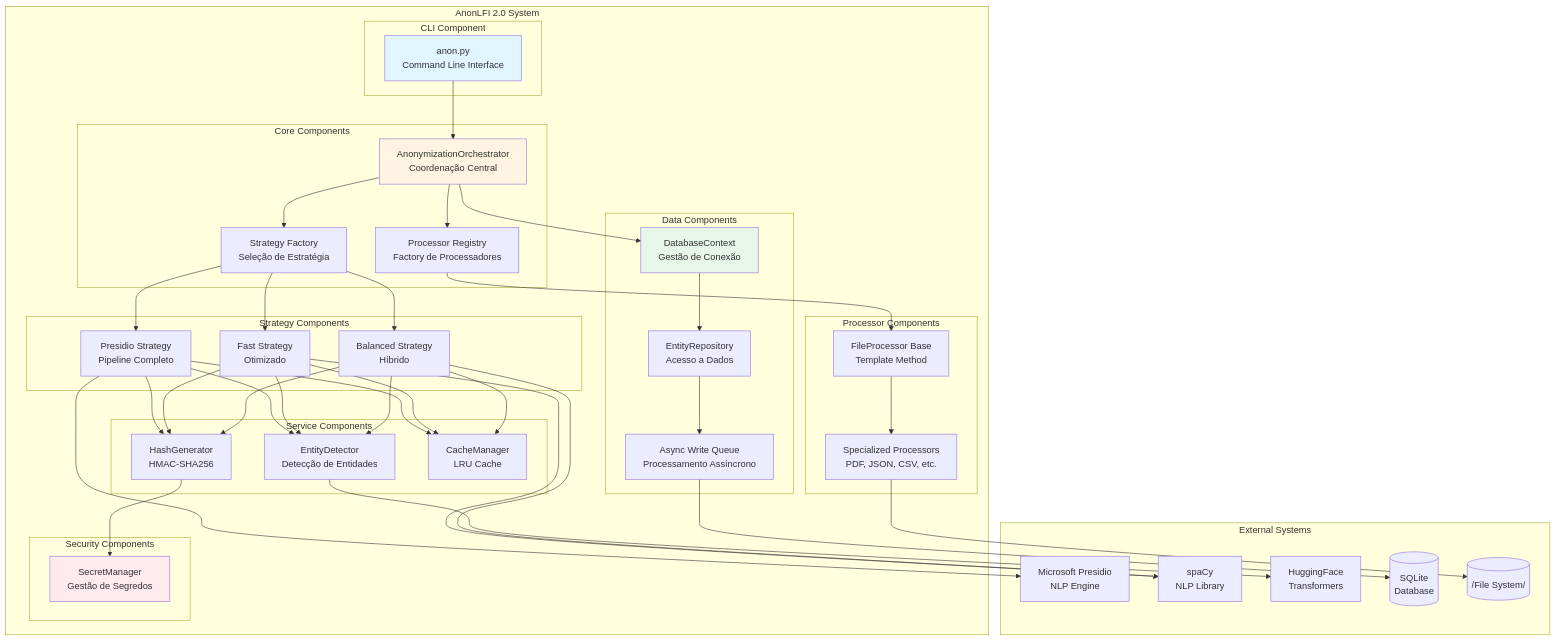
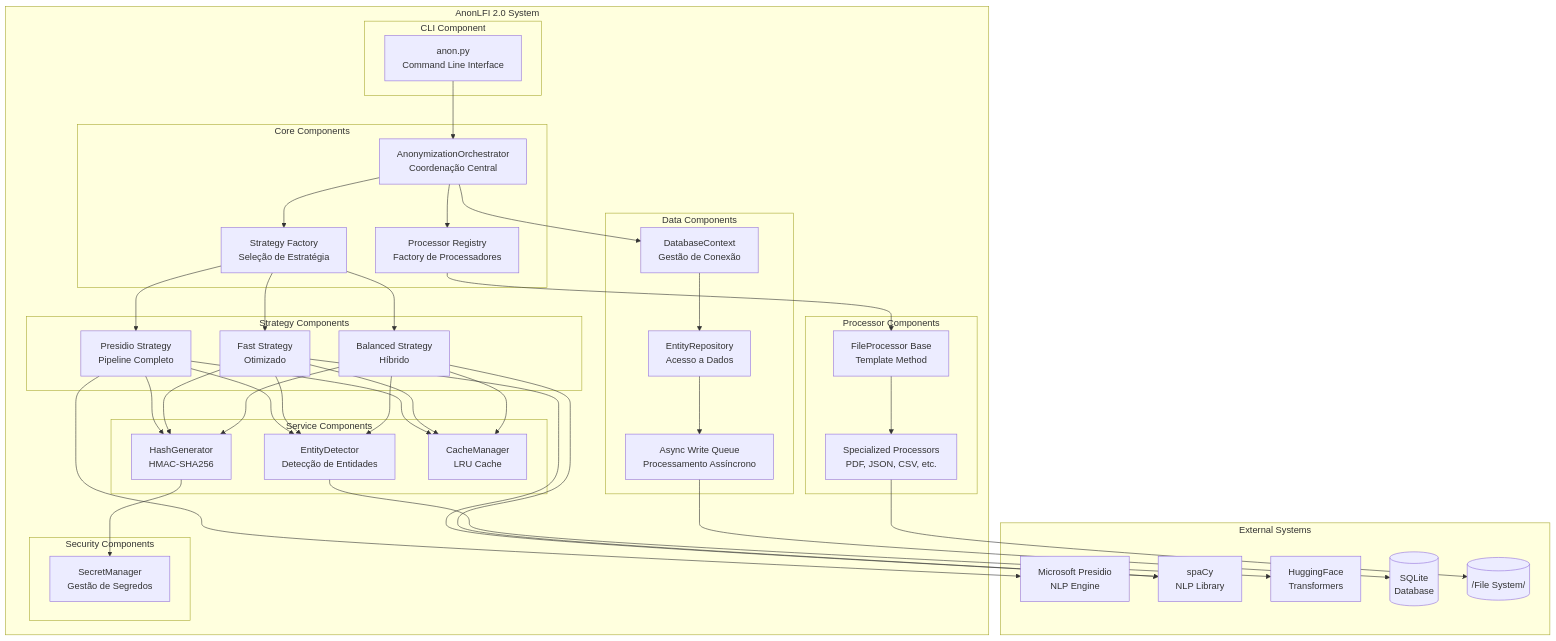
Before and after one commit to AnonShield/anonshield: the eighth of 24 diagrams in docs/diagrams.md, drawn with Mermaid. The commit also changed other lines of this file, not shown here.

First line of the commit message:
Remove style definitions from diagrams

````diff
--- a/docs/diagrams.md
+++ b/docs/diagrams.md
@@ -374,82 +351,78 @@
 ```mermaid
 graph TB
     subgraph "AnonLFI 2.0 System"
         subgraph "CLI Component"
             CLI[anon.py<br/>Command Line Interface]
         end
         
         subgraph "Core Components"
             Orchestrator[AnonymizationOrchestrator<br/>Coordenação Central]
             StrategyFactory[Strategy Factory<br/>Seleção de Estratégia]
             ProcessorRegistry[Processor Registry<br/>Factory de Processadores]
         end
         
         subgraph "Strategy Components"
             Strategy1[Presidio Strategy<br/>Pipeline Completo]
             Strategy2[Fast Strategy<br/>Otimizado]
             Strategy3[Balanced Strategy<br/>Híbrido]
         end
         
         subgraph "Processor Components"
             Proc1[FileProcessor Base<br/>Template Method]
             Proc2[Specialized Processors<br/>PDF, JSON, CSV, etc.]
         end
         
         subgraph "Service Components"
             EntityDetector[EntityDetector<br/>Detecção de Entidades]
             HashGenerator[HashGenerator<br/>HMAC-SHA256]
             CacheManager[CacheManager<br/>LRU Cache]
         end
         
         subgraph "Data Components"
             DatabaseContext[DatabaseContext<br/>Gestão de Conexão]
             Repository[EntityRepository<br/>Acesso a Dados]
             AsyncQueue[Async Write Queue<br/>Processamento Assíncrono]
         end
         
         subgraph "Security Components"
             SecretManager[SecretManager<br/>Gestão de Segredos]
         end
     end
     
     subgraph "External Systems"
         Presidio[Microsoft Presidio<br/>NLP Engine]
         SpaCy[spaCy<br/>NLP Library]
         Transformers[HuggingFace<br/>Transformers]
         SQLite[(SQLite<br/>Database)]
         FileSystem[(/File System/)]
     end
     
     CLI --> Orchestrator
     Orchestrator --> StrategyFactory
     Orchestrator --> ProcessorRegistry
     
     StrategyFactory --> Strategy1
     StrategyFactory --> Strategy2
     StrategyFactory --> Strategy3
     
     ProcessorRegistry --> Proc1
     Proc1 --> Proc2
     
     Strategy1 & Strategy2 & Strategy3 --> EntityDetector
     Strategy1 & Strategy2 & Strategy3 --> HashGenerator
     Strategy1 & Strategy2 & Strategy3 --> CacheManager
     
     Orchestrator --> DatabaseContext
     DatabaseContext --> Repository
     Repository --> AsyncQueue
     AsyncQueue --> SQLite
     
     HashGenerator --> SecretManager
     
     Strategy1 --> Presidio
     Strategy2 & Strategy3 --> SpaCy
     EntityDetector --> Transformers
     
     Proc2 --> FileSystem
     
-    style CLI fill:#e1f5ff
-    style Orchestrator fill:#fff4e1
-    style DatabaseContext fill:#e8f5e9
-    style SecretManager fill:#ffebee
 ```
````
